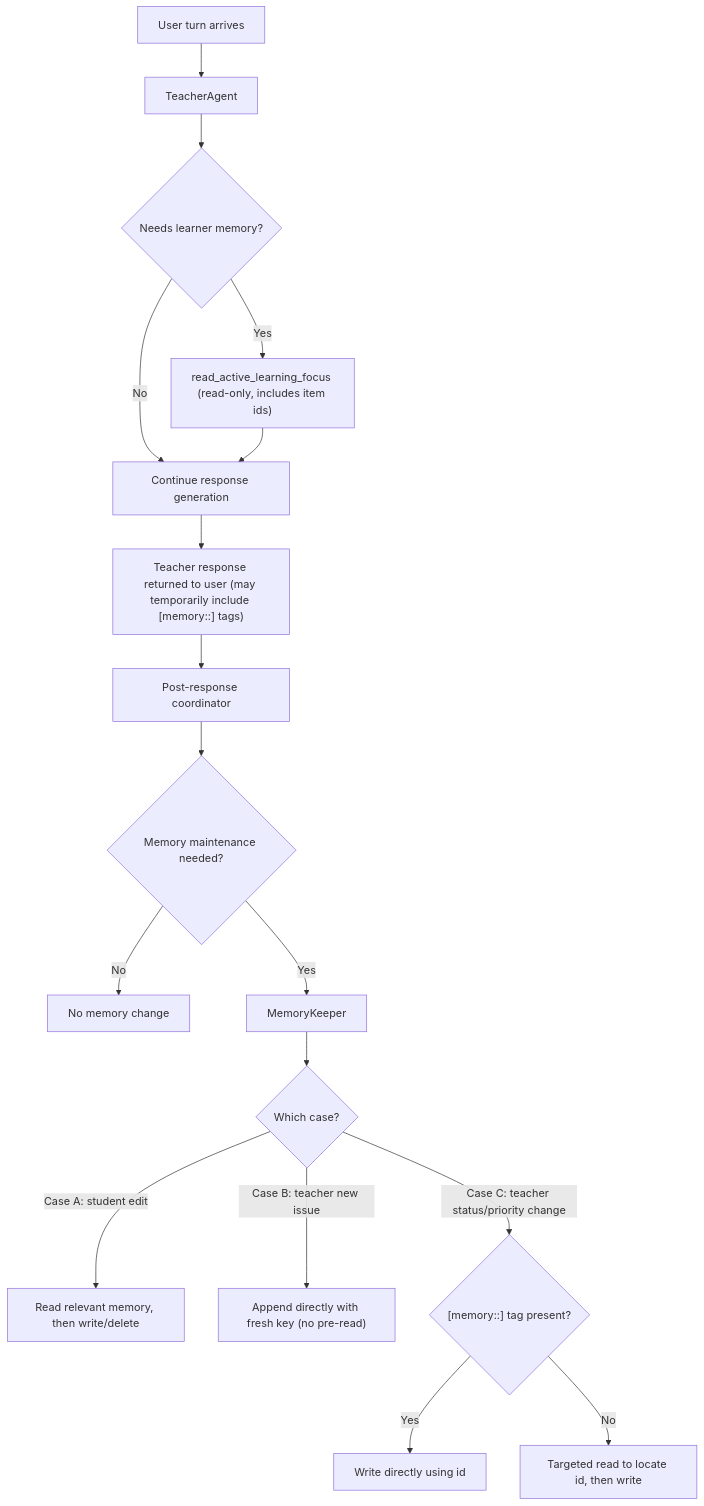
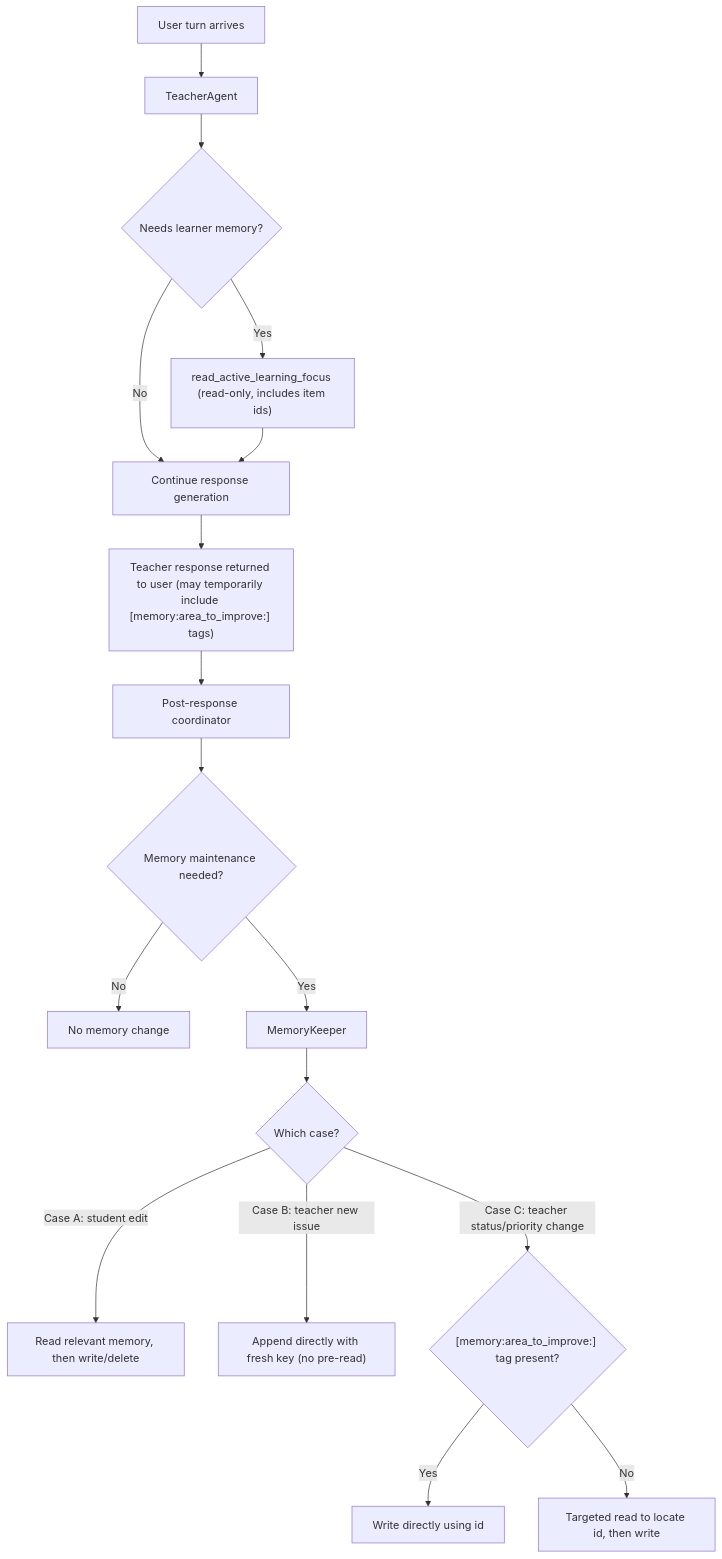
One commit to 40min/runestone changed the second of 4 diagrams in docs/agent-swarm-architecture.md. Above: the diagram before and after it, drawn with Mermaid. The commit also changed other lines of this file and 28 other files, not shown here.

First line of the commit message:
feat(memory-maintainer): implement personal info maintenance and parallelize category execution (#182)

````diff
--- a/docs/agent-swarm-architecture.md
+++ b/docs/agent-swarm-architecture.md
@@ -198,19 +198,19 @@
 ```mermaid
 flowchart TD
     A["User turn arrives"] --> B["TeacherAgent"]
     B --> C{"Needs learner memory?"}
     C -- No --> D["Continue response generation"]
     C -- Yes --> E["read_active_learning_focus (read-only, includes item ids)"]
     E --> D
-    D --> F["Teacher response returned to user (may temporarily include [memory:<category>:<id>] tags)"]
+    D --> F["Teacher response returned to user (may temporarily include [memory:area_to_improve:<id>] tags)"]
     F --> G["Post-response coordinator"]
     G --> H{"Memory maintenance needed?"}
     H -- No --> I["No memory change"]
     H -- Yes --> J["MemoryKeeper"]
     J --> K{"Which case?"}
     K -- "Case A: student edit" --> L["Read relevant memory, then write/delete"]
     K -- "Case B: teacher new issue" --> M["Append directly with fresh key (no pre-read)"]
-    K -- "Case C: teacher status/priority change" --> N{"[memory:<category>:<id>] tag present?"}
+    K -- "Case C: teacher status/priority change" --> N{"[memory:area_to_improve:<id>] tag present?"}
     N -- Yes --> O["Write directly using id"]
     N -- No --> P["Targeted read to locate id, then write"]
 ```
````
